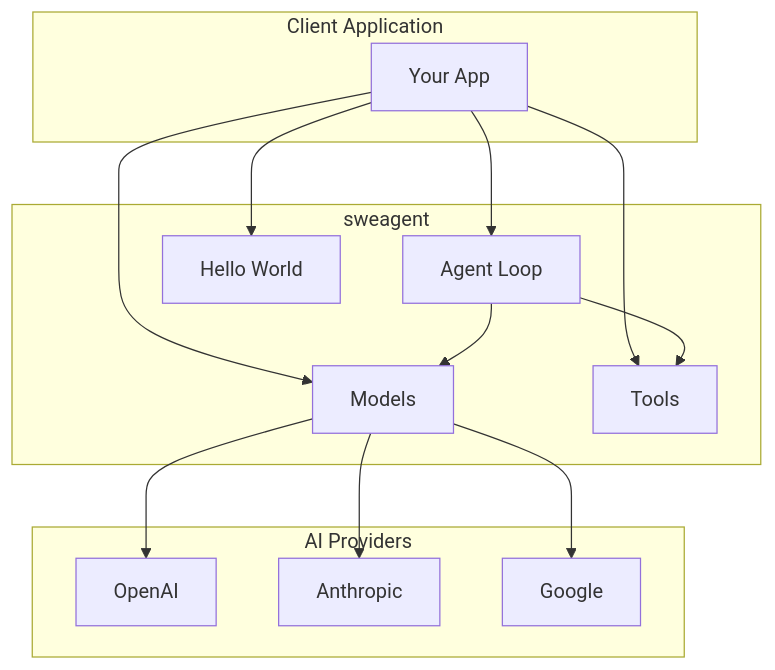
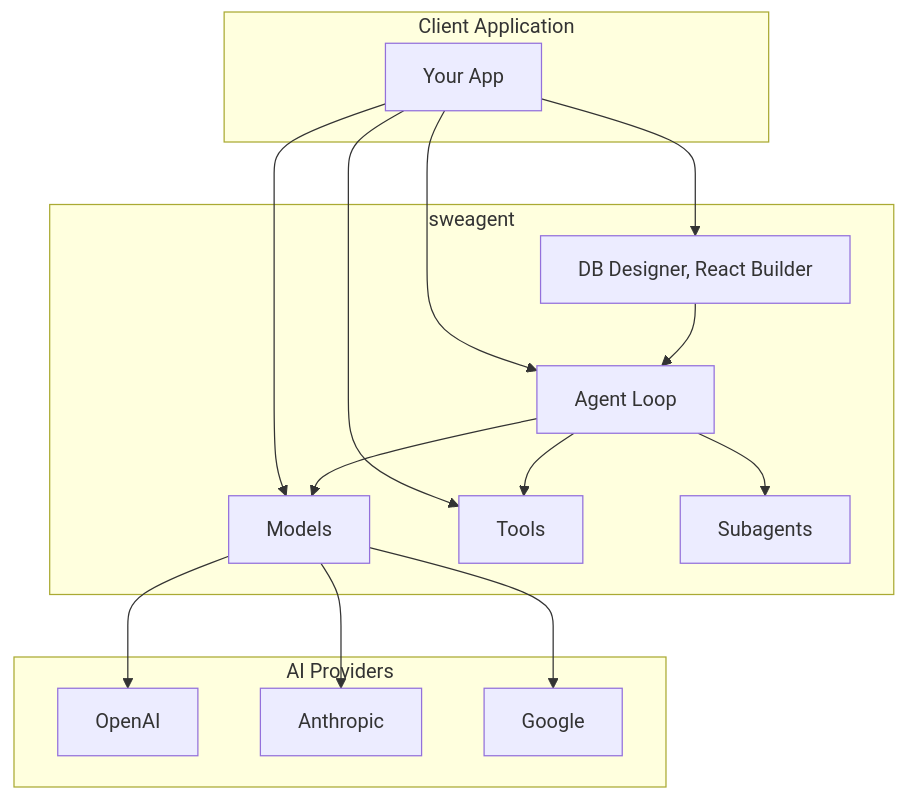
Before and after one commit to sijeeshmiziha/sweagent: the first of 4 diagrams in README.md, drawn with Mermaid. The commit also changed other lines of this file and 1 other file, not shown here.

````diff
--- a/README.md
+++ b/README.md
@@ -205,29 +310,32 @@
 ```mermaid
 graph TB
-    subgraph Client[Client Application]
-        App[Your App]
-    end
+  subgraph Client[Client Application]
+    App[Your App]
+  end
 
-    subgraph Sweagent[sweagent]
-        Models[Models]
-        Tools[Tools]
-        Agents[Agent Loop]
-        HelloWorld[Hello World]
-    end
+  subgraph Sweagent[sweagent]
+    Models[Models]
+    Tools[Tools]
+    Agents[Agent Loop]
+    Subagents[Subagents]
+    Modules[DB Designer, React Builder]
+  end
 
-    subgraph Providers[AI Providers]
-        OpenAI[OpenAI]
-        Anthropic[Anthropic]
-        Google[Google]
-    end
+  subgraph Providers[AI Providers]
+    OpenAI[OpenAI]
+    Anthropic[Anthropic]
+    Google[Google]
+  end
 
-    App --> Models
-    App --> Tools
-    App --> Agents
-    App --> HelloWorld
-    Models --> OpenAI
-    Models --> Anthropic
-    Models --> Google
-    Agents --> Models
-    Agents --> Tools
+  App --> Models
+  App --> Tools
+  App --> Agents
+  App --> Modules
+  Agents --> Models
+  Agents --> Tools
+  Agents --> Subagents
+  Modules --> Agents
+  Models --> OpenAI
+  Models --> Anthropic
+  Models --> Google
 ```
````
